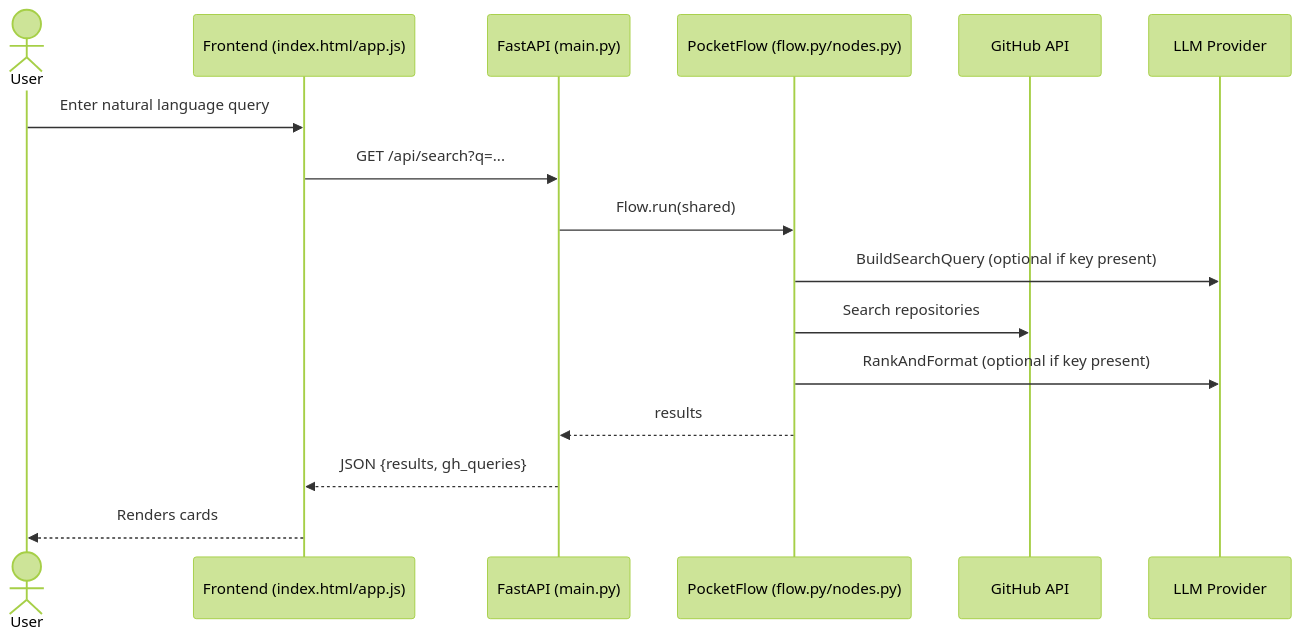
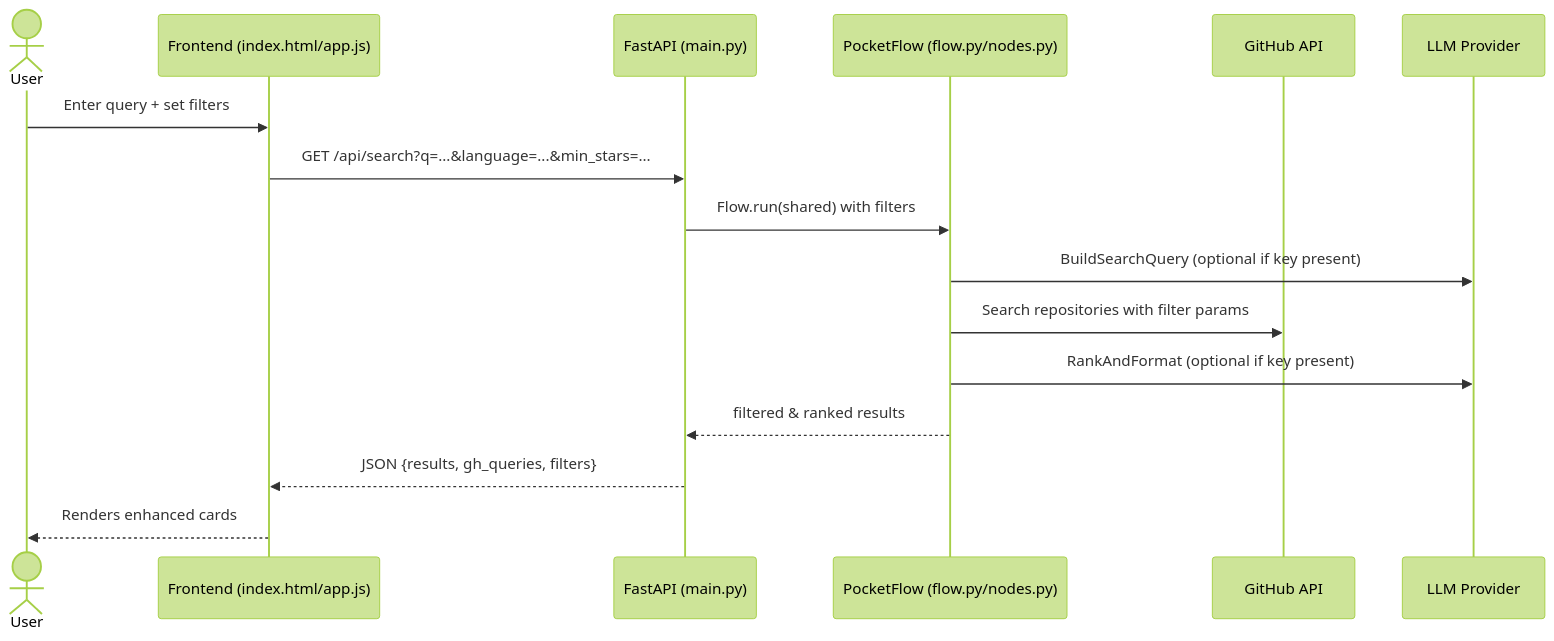
One commit to Mariusvin/PocketFlow changed the second of 3 diagrams in cookbook/ai-github-search/README.md. Above: the diagram before and after it, drawn with Mermaid (forest theme). The commit also changed other lines of this file and 4 other files, not shown here.

````diff
--- a/cookbook/ai-github-search/README.md
+++ b/cookbook/ai-github-search/README.md
@@ -74,19 +123,19 @@
 ```mermaid
 sequenceDiagram
     actor U as User
     participant FE as Frontend (index.html/app.js)
     participant API as FastAPI (main.py)
     participant PF as PocketFlow (flow.py/nodes.py)
     participant GH as GitHub API
     participant LLM as LLM Provider
 
-    U->>FE: Enter natural language query
-    FE->>API: GET /api/search?q=...
-    API->>PF: Flow.run(shared)
+    U->>FE: Enter query + set filters
+    FE->>API: GET /api/search?q=...&language=...&min_stars=...
+    API->>PF: Flow.run(shared) with filters
     PF->>LLM: BuildSearchQuery (optional if key present)
-    PF->>GH: Search repositories
+    PF->>GH: Search repositories with filter params
     PF->>LLM: RankAndFormat (optional if key present)
-    PF-->>API: results
-    API-->>FE: JSON {results, gh_queries}
-    FE-->>U: Renders cards
+    PF-->>API: filtered & ranked results
+    API-->>FE: JSON {results, gh_queries, filters}
+    FE-->>U: Renders enhanced cards
 ```
````
